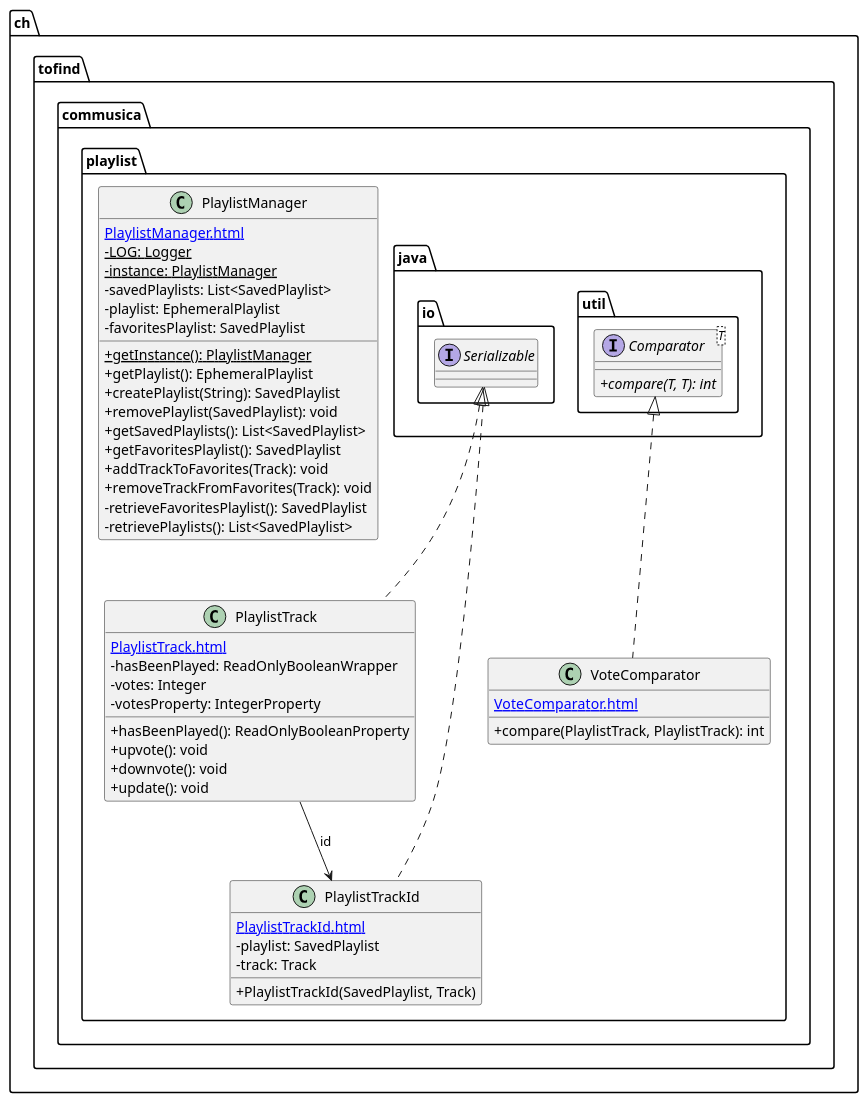
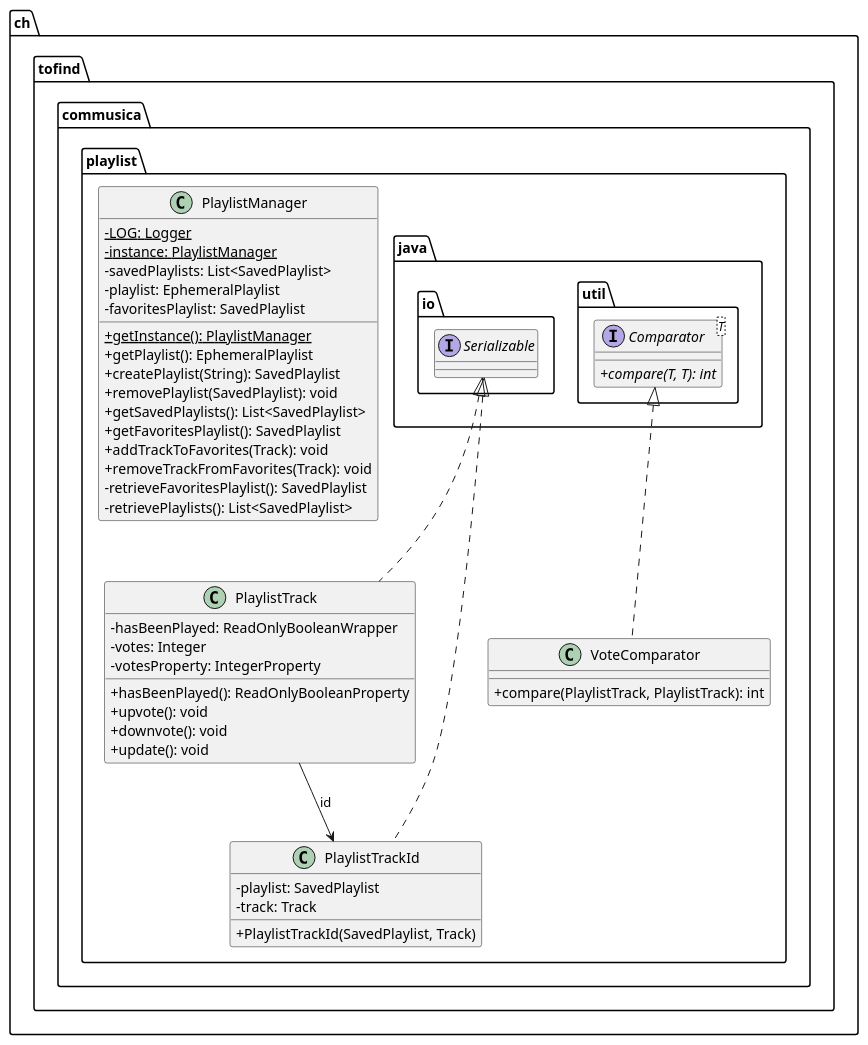
One commit to heig-vd-pro2017/projet changed the diagram in doc/PRO/UML/playlist.puml. Above: the diagram before and after it, drawn with PlantUML. The commit also changed 8 other files, not shown here.

```diff
--- a/doc/PRO/UML/playlist.puml
+++ b/doc/PRO/UML/playlist.puml
@@ -1,63 +1,59 @@
 @startuml
 
     skinparam classAttributeIconSize 0
 
     namespace ch.tofind.commusica.playlist {
 
         class PlaylistTrack {
-            [[PlaylistTrack.html]]
             -hasBeenPlayed: ReadOnlyBooleanWrapper
             -votes: Integer
             -votesProperty: IntegerProperty
             +hasBeenPlayed(): ReadOnlyBooleanProperty
             +upvote(): void
             +downvote(): void
             +update(): void
         }
 
         class PlaylistManager {
-            [[PlaylistManager.html]]
             {static} -LOG: Logger
             {static} -instance: PlaylistManager
             -savedPlaylists: List<SavedPlaylist>
             -playlist: EphemeralPlaylist
             -favoritesPlaylist: SavedPlaylist
             {static} +getInstance(): PlaylistManager
             +getPlaylist(): EphemeralPlaylist
             +createPlaylist(String): SavedPlaylist
             +removePlaylist(SavedPlaylist): void
             +getSavedPlaylists(): List<SavedPlaylist>
             +getFavoritesPlaylist(): SavedPlaylist
             +addTrackToFavorites(Track): void
             +removeTrackFromFavorites(Track): void
             -retrieveFavoritesPlaylist(): SavedPlaylist
             -retrievePlaylists(): List<SavedPlaylist>
         }
 
         class VoteComparator {
-            [[VoteComparator.html]]
             +compare(PlaylistTrack, PlaylistTrack): int
         }
 
         class PlaylistTrackId {
-            [[PlaylistTrackId.html]]
             -playlist: SavedPlaylist
             -track: Track
             +PlaylistTrackId(SavedPlaylist, Track)
         }
 
         interface java.io.Serializable
         java.io.Serializable <|.. PlaylistTrack
 
         interface java.util.Comparator<T> {
             {abstract} +compare(T, T): int
         }
         java.util.Comparator <|.. VoteComparator
 
         java.io.Serializable <|.. PlaylistTrackId
 
         PlaylistTrack --> PlaylistTrackId: id
 
     }
 
 @enduml
```
